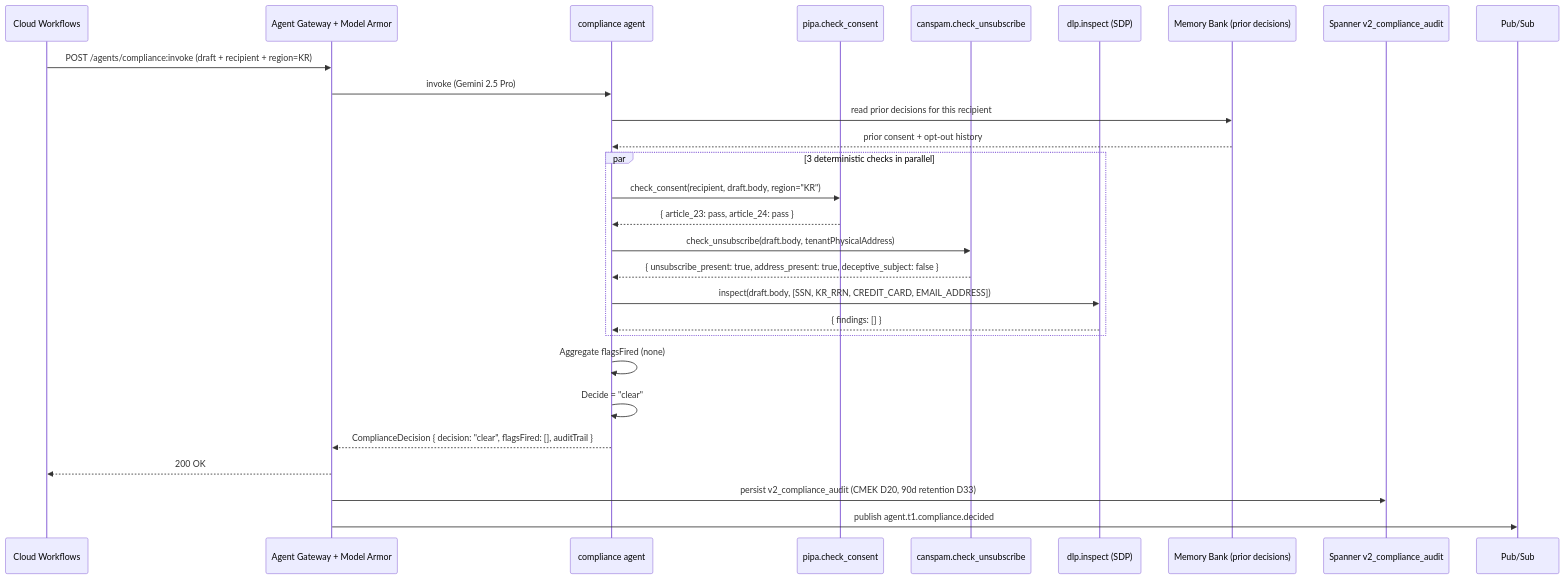
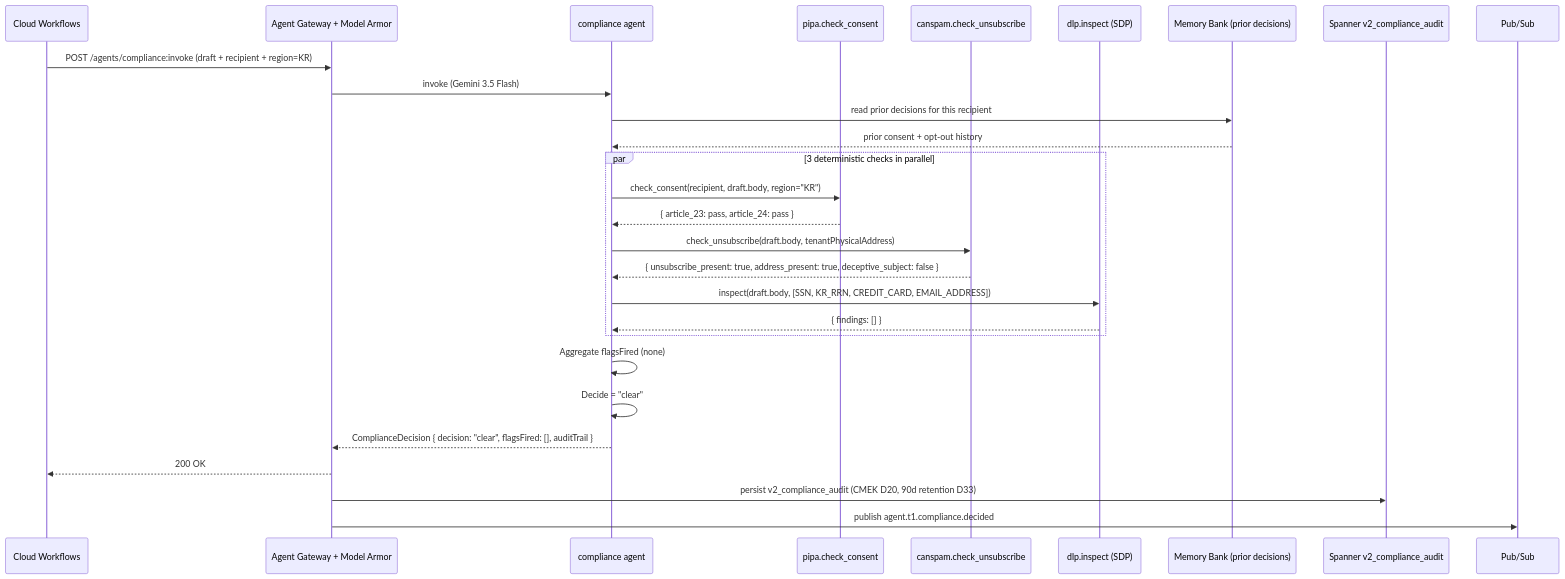
Before and after one commit to Two-Weeks-Team/social-seeding-v2-public: the diagram in gcp-research/specs/tier1/compliance.spec.md, drawn with Mermaid. The commit also changed other lines of this file and 30 other files, not shown here.

````diff
--- a/gcp-research/specs/tier1/compliance.spec.md
+++ b/gcp-research/specs/tier1/compliance.spec.md
@@ -176,31 +176,31 @@
 ```mermaid
 sequenceDiagram
   participant WF as Cloud Workflows
   participant AG as Agent Gateway + Model Armor
   participant CP as compliance agent
   participant PI as pipa.check_consent
   participant CS as canspam.check_unsubscribe
   participant DLP as dlp.inspect (SDP)
   participant MB as Memory Bank (prior decisions)
   participant SP as Spanner v2_compliance_audit
   participant PS as Pub/Sub
 
   WF->>AG: POST /agents/compliance:invoke (draft + recipient + region=KR)
-  AG->>CP: invoke (Gemini 2.5 Pro)
+  AG->>CP: invoke (Gemini 3.5 Flash)
   CP->>MB: read prior decisions for this recipient
   MB-->>CP: prior consent + opt-out history
   par 3 deterministic checks in parallel
     CP->>PI: check_consent(recipient, draft.body, region="KR")
     PI-->>CP: { article_23: pass, article_24: pass }
     CP->>CS: check_unsubscribe(draft.body, tenantPhysicalAddress)
     CS-->>CP: { unsubscribe_present: true, address_present: true, deceptive_subject: false }
     CP->>DLP: inspect(draft.body, [SSN, KR_RRN, CREDIT_CARD, EMAIL_ADDRESS])
     DLP-->>CP: { findings: [] }
   end
   CP->>CP: Aggregate flagsFired (none)
   CP->>CP: Decide = "clear"
   CP-->>AG: ComplianceDecision { decision: "clear", flagsFired: [], auditTrail }
   AG-->>WF: 200 OK
   AG->>SP: persist v2_compliance_audit (CMEK D20, 90d retention D33)
   AG->>PS: publish agent.t1.compliance.decided
 ```
````
